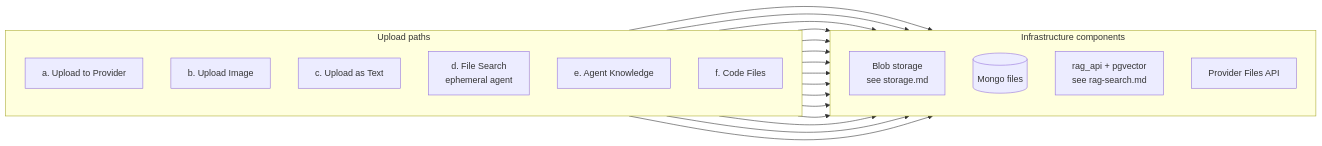
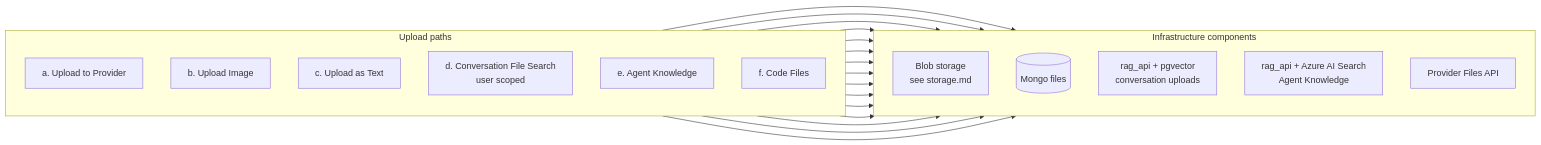
One commit to Falenos/LibreChat changed the first of 3 diagrams in knauf/docs/architecture/files/overview.md. Above: the diagram before and after it, drawn with Mermaid. The commit also changed other lines of this file and 8 other files, not shown here.

Commit message:
docs: define dual-backend agent retrieval architecture

````diff
--- a/knauf/docs/architecture/files/overview.md
+++ b/knauf/docs/architecture/files/overview.md
@@ -47,41 +47,42 @@
 ```mermaid
 flowchart LR
     subgraph Paths["Upload paths"]
         direction TB
         P1[a. Upload to Provider]
         P2[b. Upload Image]
         P3[c. Upload as Text]
-        P4[d. File Search<br/>ephemeral agent]
+        P4[d. Conversation File Search<br/>user scoped]
         P5[e. Agent Knowledge]
         P6[f. Code Files]
     end
 
     subgraph Infra["Infrastructure components"]
         direction TB
         Blob[Blob storage<br/>see storage.md]
         Mongo[(Mongo files)]
-        RAG[rag_api + pgvector<br/>see rag-search.md]
+        PG[rag_api + pgvector<br/>conversation uploads]
+        AIS[rag_api + Azure AI Search<br/>Agent Knowledge]
         Prov[Provider Files API]
     end
 
     P1 --> Blob
     P1 --> Mongo
     P1 --> Prov
 
     P2 --> Blob
     P2 --> Mongo
 
     P3 --> Blob
     P3 --> Mongo
 
     P4 --> Blob
     P4 --> Mongo
-    P4 --> RAG
+    P4 --> PG
 
     P5 --> Blob
     P5 --> Mongo
-    P5 --> RAG
+    P5 --> AIS
 
     P6 --> Blob
     P6 --> Mongo
 ```
````
